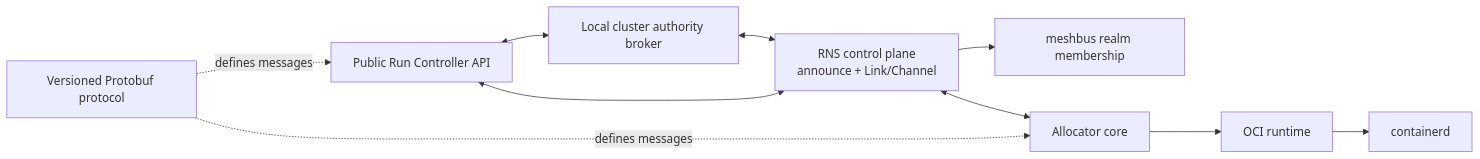
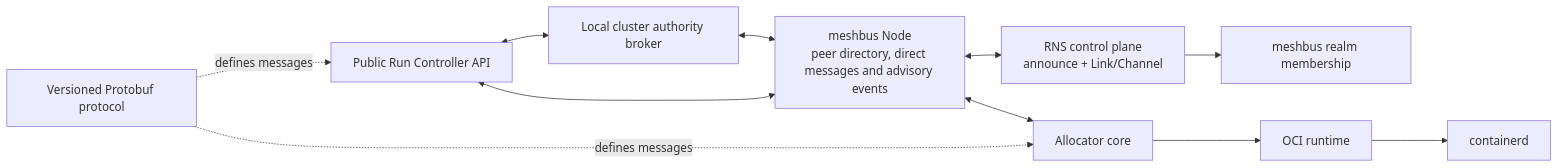
Before and after one commit to mytecor/r1s: the first of 2 diagrams in ARCHITECTURE.md, drawn with Mermaid. The commit also changed other lines of this file and 47 other files, not shown here.

First line of the commit message:
feat(meshbus): adopt meshbus Node routing and advisory events (F24-13)

````diff
--- a/ARCHITECTURE.md
+++ b/ARCHITECTURE.md
@@ -26,21 +26,23 @@
 ```mermaid
 flowchart LR
     Protocol[Versioned Protobuf protocol]
     Client[Public Run Controller API]
     Broker[Local cluster authority broker]
     Realm[meshbus realm membership]
+    Meshbus[meshbus Node<br/>peer directory, direct messages and advisory events]
     Fabric[RNS control plane<br/>announce + Link/Channel]
     Allocator[Allocator core]
     Runtime[OCI runtime]
     Containerd[containerd]
 
     Protocol -. defines messages .-> Client
     Protocol -. defines messages .-> Allocator
     Client <--> Broker
-    Broker <--> Fabric
-    Client <--> Fabric
+    Broker <--> Meshbus
+    Client <--> Meshbus
+    Meshbus <--> Fabric
     Fabric --> Realm
-    Fabric <--> Allocator
+    Meshbus <--> Allocator
     Allocator --> Runtime
     Runtime --> Containerd
 ```
````
